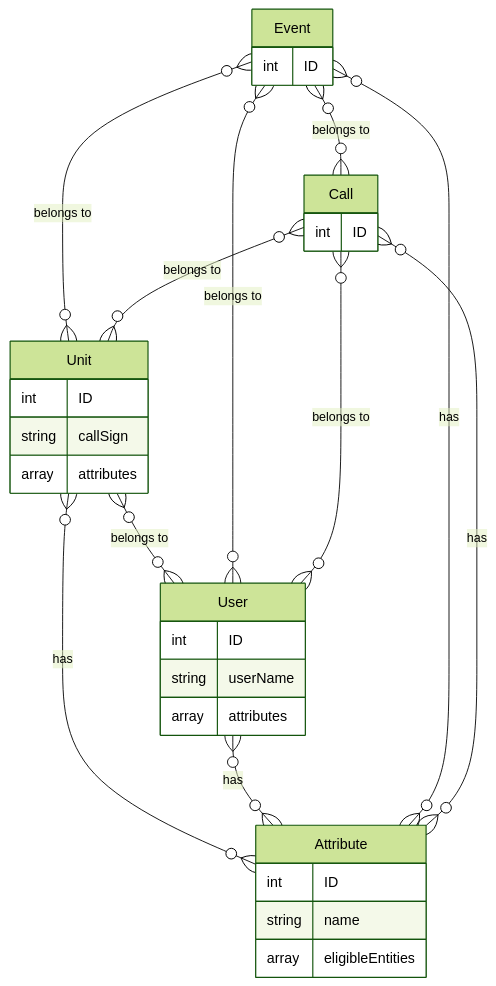
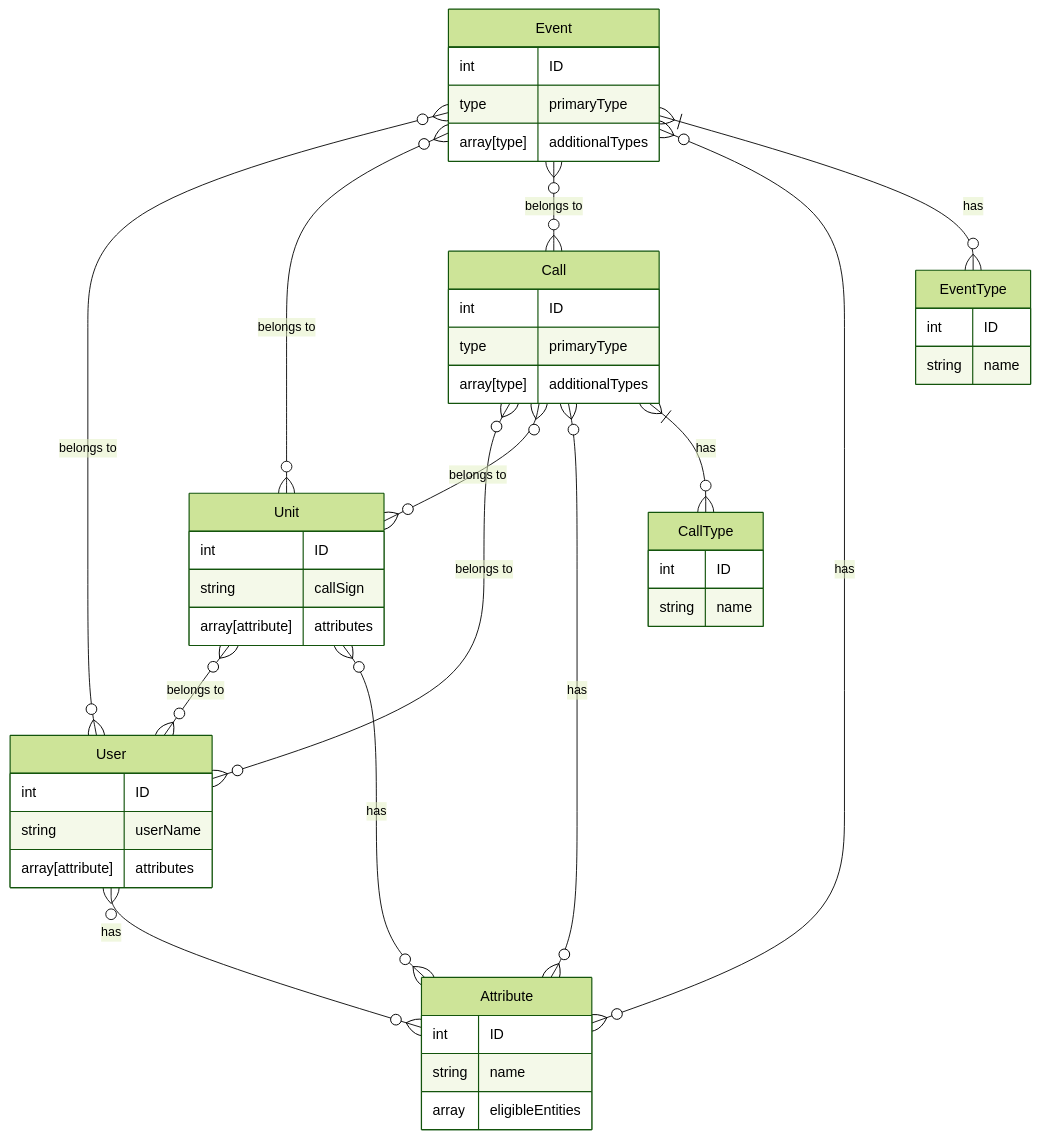
The diagram in dotnet-backend/Entity Diagram.md (memtech3/dispatchSystem), drawn with Mermaid (forest theme) before and after one commit.

Commit message:
added calltype and eventtype to model

````diff
--- a/dotnet-backend/Entity Diagram.md
+++ b/dotnet-backend/Entity Diagram.md
@@ -1,54 +1,72 @@
 ```mermaid
     erDiagram
     
     %% Definitions for all entities
 
     Unit {
         int ID
         string callSign
-        array attributes 
+        array[attribute] attributes
         %% attributes could be type of unit, rank/permissions, etc...
     }
+    
     Event {
         int ID
+        type primaryType
+        array[type] additionalTypes
     }
         
     Call {
         int ID
+        type primaryType
+        array[type] additionalTypes
     }
     
     User {
         int ID
         string userName
-        array attributes
+        array[attribute] attributes
     }
 
     Attribute {
         int ID
         string name
         array eligibleEntities
         %% entities this attribute can be assigned to
+    }
+
+    CallType {
+        int ID
+        string name
+    }
+
+    EventType {
+        int ID
+        string name
     }
 
     %% Entity relationships
 
     Unit }o--o{ User: "belongs to"
 
     Event }o--o{ User: "belongs to"
     Event }o--o{ Unit: "belongs to"
 
 
     Call }o--o{ User: "belongs to"
     Call }o--o{ Unit: "belongs to"
 
     Event }o--o{ Call: "belongs to"
 
     Unit }o--o{ Attribute: "has"
     User }o--o{ Attribute: "has"
     Event }o--o{ Attribute: "has"
     Call }o--o{ Attribute: "has"
 
+    Call }|--o{ CallType: "has"
+    Event }|--o{ EventType: "has"
+
 
 
 
 ```
````
